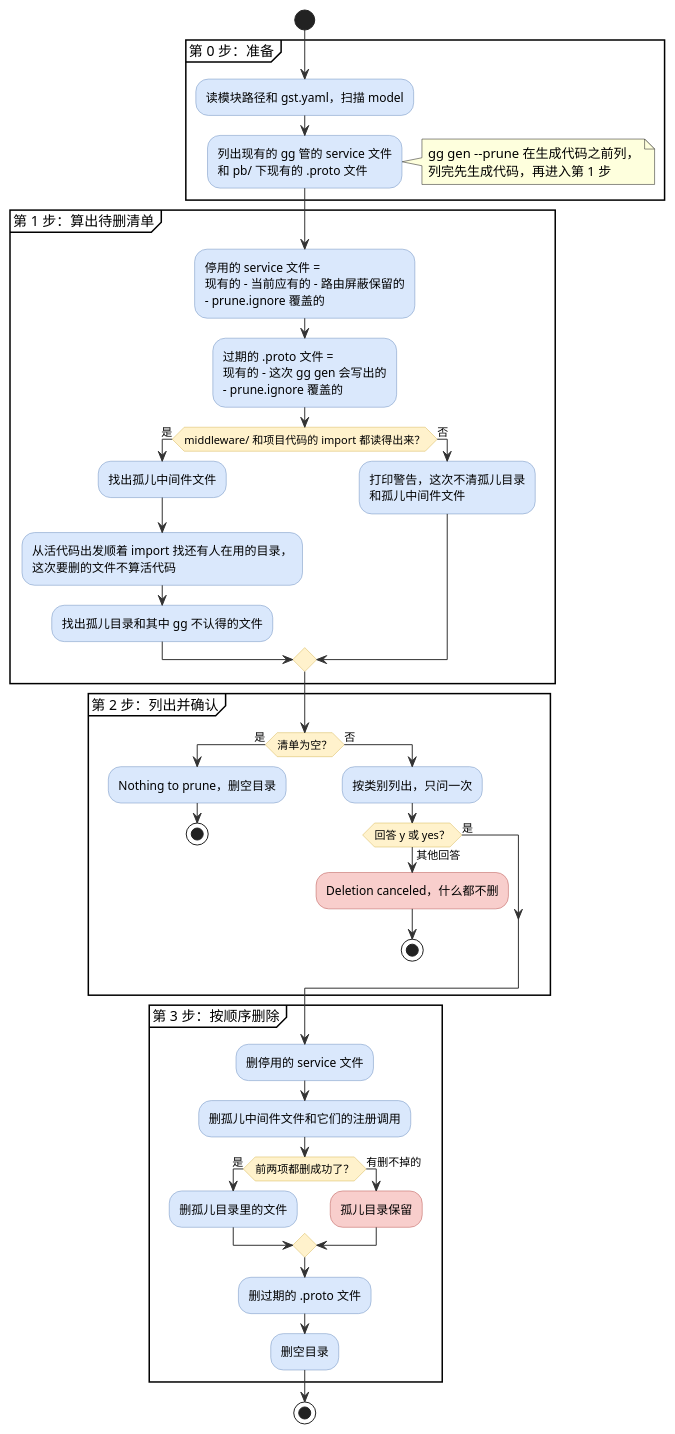
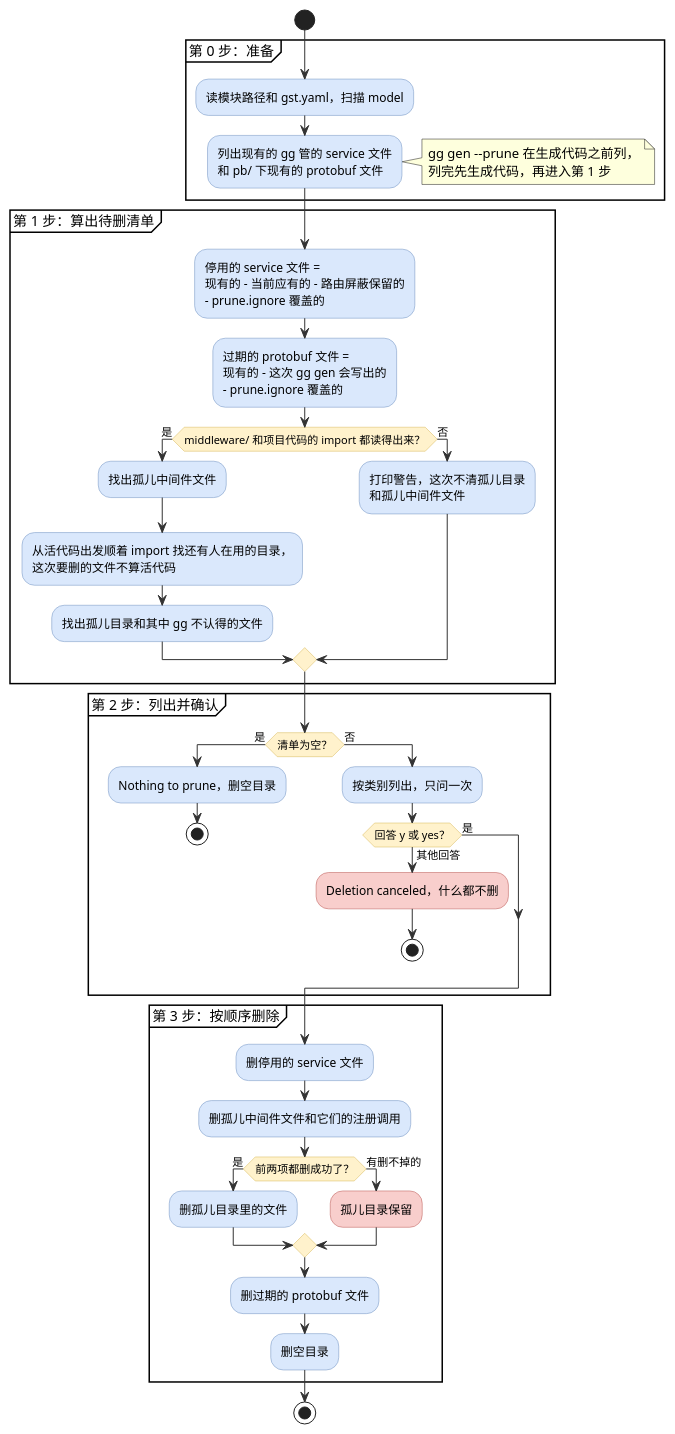
Before and after one commit to hydroan/gst: the first of 2 diagrams in cmd/gg/PRUNE.md, drawn with PlantUML. The commit also changed other lines of this file and 14 other files, not shown here.

````diff
--- a/cmd/gg/PRUNE.md
+++ b/cmd/gg/PRUNE.md
@@ -19,66 +19,66 @@
 ```plantuml
 @startuml
 skinparam activity {
   BackgroundColor #dae8fc
   BorderColor #6c8ebf
   ArrowColor #333333
   DiamondBackgroundColor #fff2cc
   DiamondBorderColor #d6b656
   BackgroundColor<<cancel>> #f8cecc
   BorderColor<<cancel>> #b85450
 }
 
 start
 partition "第 0 步：准备" {
   :读模块路径和 gst.yaml，扫描 model;
   :列出现有的 gg 管的 service 文件
-  和 pb/ 下现有的 .proto 文件;
+  和 pb/ 下现有的 protobuf 文件;
   note right
     gg gen --prune 在生成代码之前列，
     列完先生成代码，再进入第 1 步
   end note
 }
 partition "第 1 步：算出待删清单" {
   :停用的 service 文件 =
   现有的 - 当前应有的 - 路由屏蔽保留的
   - prune.ignore 覆盖的;
-  :过期的 .proto 文件 =
+  :过期的 protobuf 文件 =
   现有的 - 这次 gg gen 会写出的
   - prune.ignore 覆盖的;
   if (middleware/ 和项目代码的 import 都读得出来？) then (是)
     :找出孤儿中间件文件;
     :从活代码出发顺着 import 找还有人在用的目录，
     这次要删的文件不算活代码;
     :找出孤儿目录和其中 gg 不认得的文件;
   else (否)
     :打印警告，这次不清孤儿目录
     和孤儿中间件文件;
   endif
 }
 partition "第 2 步：列出并确认" {
   if (清单为空？) then (是)
     :Nothing to prune，删空目录;
     stop
   else (否)
     :按类别列出，只问一次;
     if (回答 y 或 yes？) then (是)
     else (其他回答)
       :Deletion canceled，什么都不删; <<cancel>>
       stop
     endif
   endif
 }
 partition "第 3 步：按顺序删除" {
   :删停用的 service 文件;
   :删孤儿中间件文件和它们的注册调用;
   if (前两项都删成功了？) then (是)
     :删孤儿目录里的文件;
   else (有删不掉的)
     :孤儿目录保留; <<cancel>>
   endif
-  :删过期的 .proto 文件;
+  :删过期的 protobuf 文件;
   :删空目录;
 }
 stop
 @enduml
 ```
````
